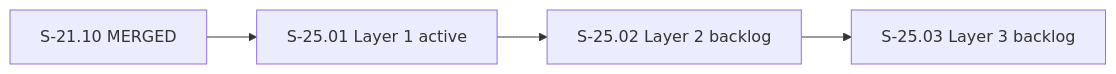
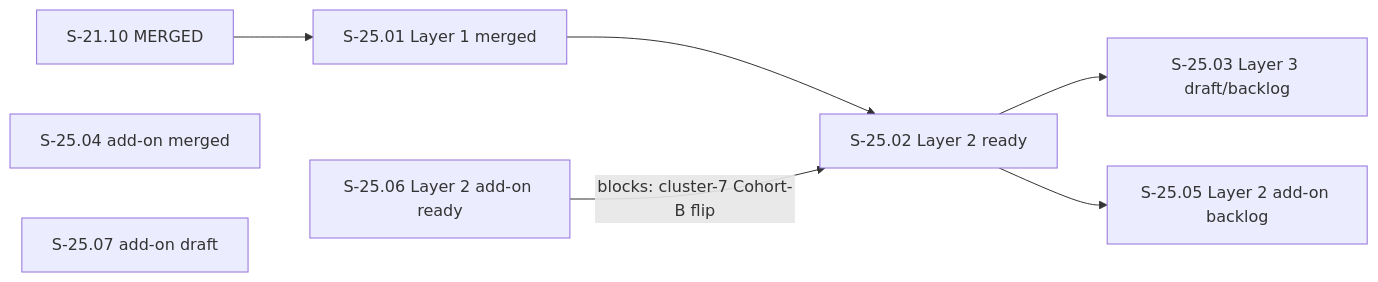
One commit to BOHICA-LABS/vsdd-factory changed the diagram in stories/epics/E-25-validation-integrity.md. Above: the diagram before and after it, drawn with Mermaid. The commit also changed other lines of this file and 15 other files, not shown here.

````diff
--- a/stories/epics/E-25-validation-integrity.md
+++ b/stories/epics/E-25-validation-integrity.md
@@ -169,11 +191,17 @@
 ```mermaid
 graph LR
   S21_10[S-21.10 MERGED]
-  S25_01[S-25.01 Layer 1 active]
-  S25_02[S-25.02 Layer 2 backlog]
-  S25_03[S-25.03 Layer 3 backlog]
+  S25_01[S-25.01 Layer 1 merged]
+  S25_02[S-25.02 Layer 2 ready]
+  S25_03[S-25.03 Layer 3 draft/backlog]
+  S25_04[S-25.04 add-on merged]
+  S25_05[S-25.05 Layer 2 add-on backlog]
+  S25_06[S-25.06 Layer 2 add-on ready]
+  S25_07[S-25.07 add-on draft]
 
   S21_10 --> S25_01
   S25_01 --> S25_02
+  S25_06 -->|blocks: cluster-7 Cohort-B flip| S25_02
   S25_02 --> S25_03
+  S25_02 --> S25_05
 ```
````
